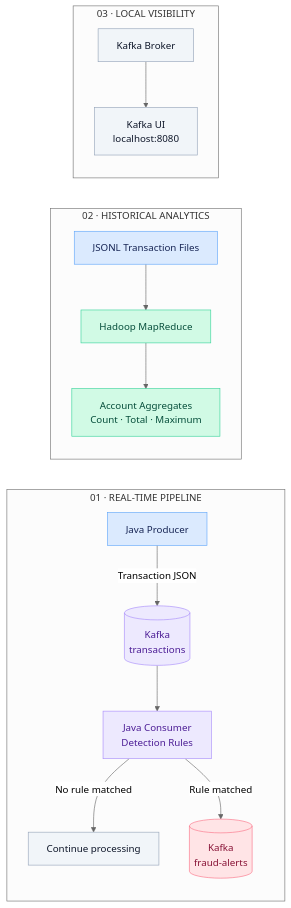
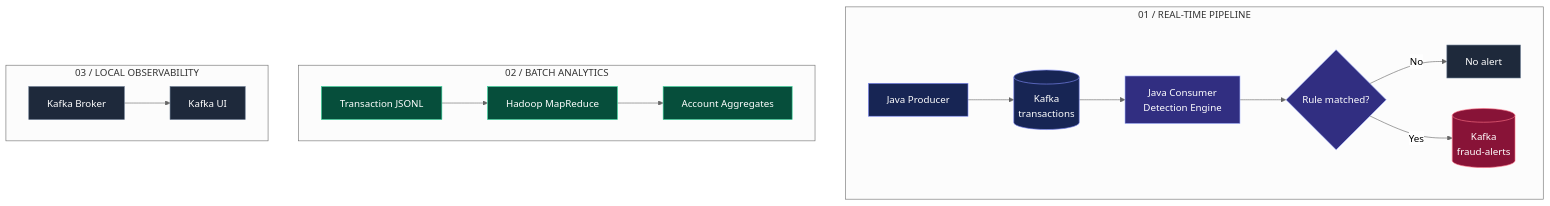
One commit to akankshad1712/real-time-fraud-detection-system changed the first of 2 diagrams in README.md. Above: the diagram before and after it, drawn with Mermaid (neutral theme). The commit also changed other lines of this file, not shown here.

````diff
--- a/README.md
+++ b/README.md
@@ -134,30 +101,33 @@
 ```mermaid
-flowchart LR
-    subgraph REALTIME["01 · REAL-TIME PIPELINE"]
-        P["Java Producer"] -->|"Transaction JSON"| T[("Kafka<br/>transactions")]
-        T --> C["Java Consumer<br/>Detection Rules"]
-        C -->|"No rule matched"| N["Continue processing"]
-        C -->|"Rule matched"| A[("Kafka<br/>fraud-alerts")]
+flowchart TB
+    subgraph RT["01  /  REAL-TIME PIPELINE"]
+        direction LR
+        P["Java Producer"] --> T[("Kafka<br/>transactions")]
+        T --> C["Java Consumer<br/>Detection Engine"]
+        C --> D{"Rule matched?"}
+        D -->|No| N["No alert"]
+        D -->|Yes| A[("Kafka<br/>fraud-alerts")]
     end
 
-    subgraph BATCH["02 · HISTORICAL ANALYTICS"]
-        F["JSONL Transaction Files"] --> M["Hadoop MapReduce"]
-        M --> R["Account Aggregates<br/>Count · Total · Maximum"]
+    subgraph BA["02  /  BATCH ANALYTICS"]
+        direction LR
+        F["Transaction JSONL"] --> M["Hadoop MapReduce"]
+        M --> R["Account Aggregates"]
     end
 
-    subgraph OBSERVABILITY["03 · LOCAL VISIBILITY"]
-        K["Kafka Broker"] --> UI["Kafka UI<br/>localhost:8080"]
+    subgraph OBS["03  /  LOCAL OBSERVABILITY"]
+        K["Kafka Broker"] --> U["Kafka UI"]
     end
 
-    classDef input fill:#DBEAFE,stroke:#60A5FA,color:#172554
-    classDef stream fill:#EDE9FE,stroke:#A78BFA,color:#4C1D95
-    classDef alert fill:#FFE4E6,stroke:#FB7185,color:#881337
-    classDef batch fill:#D1FAE5,stroke:#34D399,color:#064E3B
-    classDef neutral fill:#F1F5F9,stroke:#94A3B8,color:#0F172A
+    classDef source fill:#172554,stroke:#818CF8,color:#FFFFFF
+    classDef process fill:#312E81,stroke:#A5B4FC,color:#FFFFFF
+    classDef alert fill:#881337,stroke:#FB7185,color:#FFFFFF
+    classDef analytics fill:#064E3B,stroke:#34D399,color:#FFFFFF
+    classDef neutral fill:#1E293B,stroke:#64748B,color:#FFFFFF
 
-    class P,F input
-    class T,C stream
+    class P,T source
+    class C,D process
     class A alert
-    class M,R batch
-    class N,K,UI neutral
+    class F,M,R analytics
+    class N,K,U neutral
 ```
````
